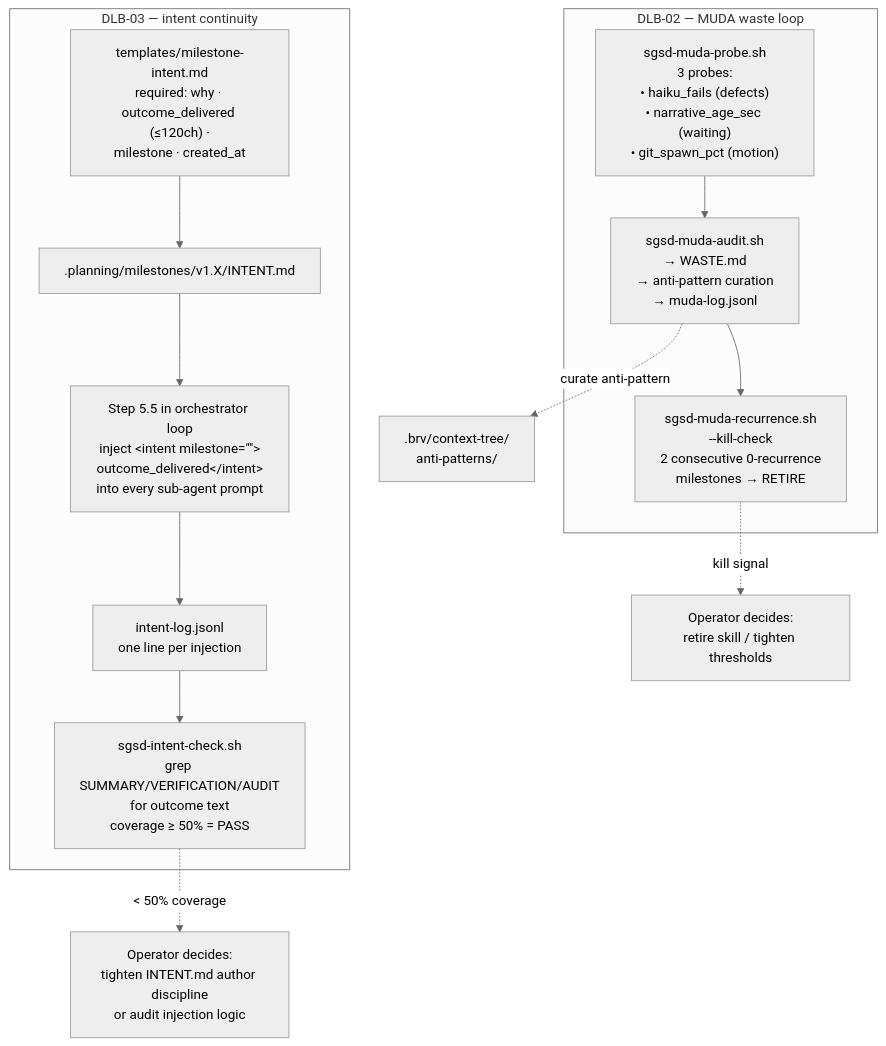
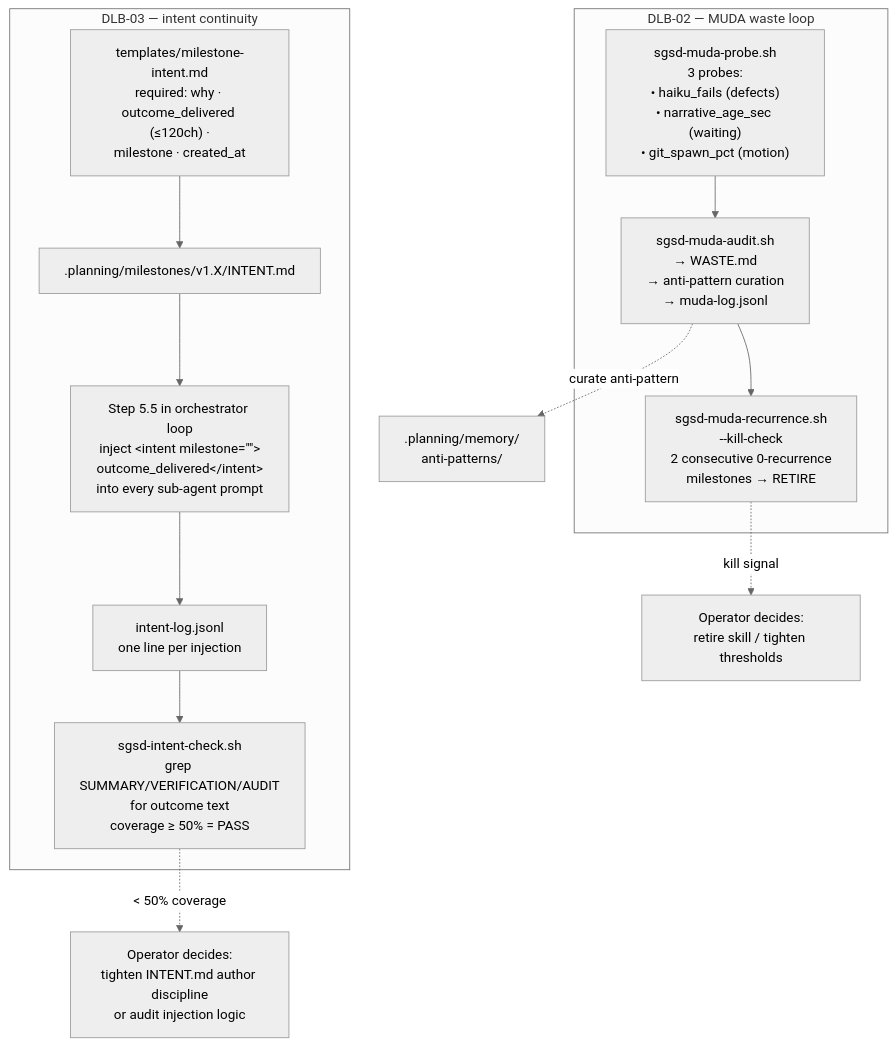
The fifth of 6 diagrams in super-gsd/docs/ARCHITECTURE.md (Berrowj/super-gsd), drawn with Mermaid (neutral theme) before and after one commit. The commit also changed other lines of this file and 11 other files, not shown here.

First line of the commit message:
docs: sync architecture & overview docs to v3.2

````diff
--- a/super-gsd/docs/ARCHITECTURE.md
+++ b/super-gsd/docs/ARCHITECTURE.md
@@ -173,24 +191,24 @@
 ```mermaid
 flowchart TB
     subgraph muda[DLB-02 — MUDA waste loop]
         probe["sgsd-muda-probe.sh<br/>3 probes:<br/>• haiku_fails (defects)<br/>• narrative_age_sec (waiting)<br/>• git_spawn_pct (motion)"]
         audit["sgsd-muda-audit.sh<br/>→ WASTE.md<br/>→ anti-pattern curation<br/>→ muda-log.jsonl"]
         recur["sgsd-muda-recurrence.sh<br/>--kill-check<br/>2 consecutive 0-recurrence<br/>milestones → RETIRE"]
     end
 
     subgraph intent[DLB-03 — intent continuity]
         tmpl["templates/milestone-intent.md<br/>required: why · outcome_delivered (≤120ch) ·<br/>milestone · created_at"]
         inst[".planning/milestones/v1.X/INTENT.md"]
         inject["Step 5.5 in orchestrator loop<br/>inject &lt;intent milestone=&quot;&quot;&gt;<br/>outcome_delivered&lt;/intent&gt;<br/>into every sub-agent prompt"]
         intlog["intent-log.jsonl<br/>one line per injection"]
         check["sgsd-intent-check.sh<br/>grep SUMMARY/VERIFICATION/AUDIT<br/>for outcome text<br/>coverage ≥ 50% = PASS"]
     end
 
     probe --> audit --> recur
     tmpl --> inst --> inject --> intlog --> check
 
     recur -.kill signal.-> ops["Operator decides:<br/>retire skill / tighten thresholds"]
     check -.&lt; 50% coverage.-> ops2["Operator decides:<br/>tighten INTENT.md author discipline<br/>or audit injection logic"]
 
-    audit -.curate anti-pattern.-> tree2[".brv/context-tree/<br/>anti-patterns/"]
+    audit -.curate anti-pattern.-> tree2[".planning/memory/<br/>anti-patterns/"]
 ```
````
